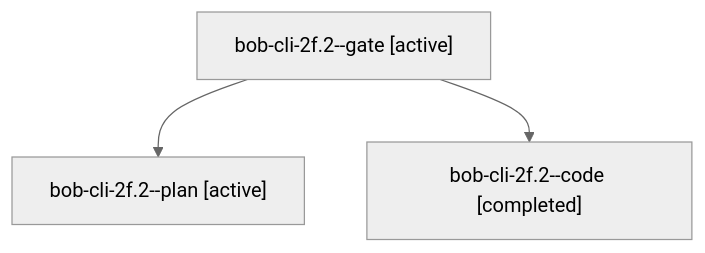
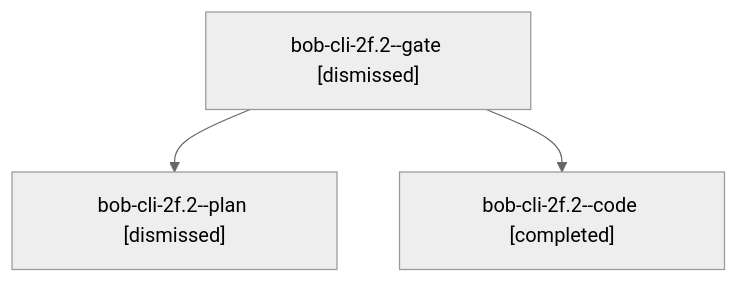
The diagram in sessions/bbugyi200.apollo.bob-cli-2f.2.md (bobs-org/bob-cli--agents), drawn with Mermaid (neutral theme) before and after one commit. The commit also changed other lines of this file and 149 other files, not shown here.

````diff
--- a/sessions/bbugyi200.apollo.bob-cli-2f.2.md
+++ b/sessions/bbugyi200.apollo.bob-cli-2f.2.md
@@ -9,8 +9,8 @@
 ```mermaid
 flowchart TD
-  n0["bob-cli-2f.2--gate [active]"]
-  n1["bob-cli-2f.2--plan [active]"]
+  n0["bob-cli-2f.2--gate [dismissed]"]
+  n1["bob-cli-2f.2--plan [dismissed]"]
   n0 --> n1
   n2["bob-cli-2f.2--code [completed]"]
   n0 --> n2
 ```
````
